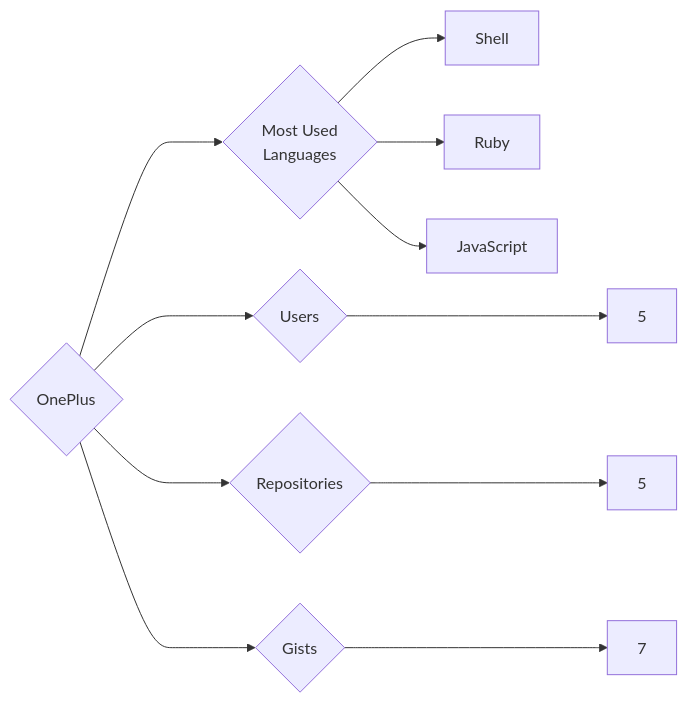
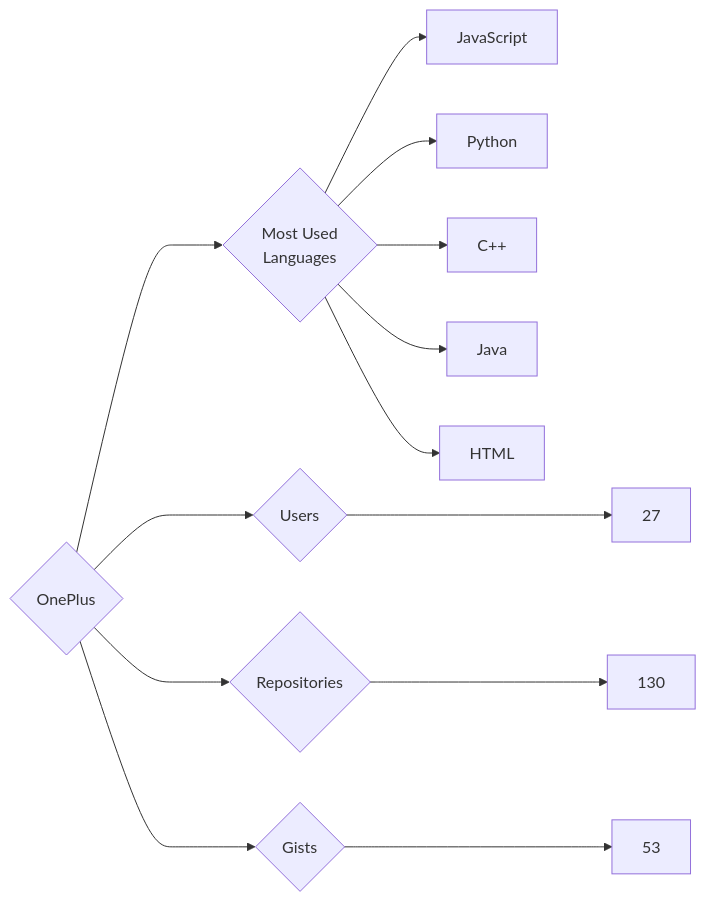
The diagram in targets/OnePlus/README.md (trickest/insiders), drawn with Mermaid before and after one commit. The commit also changed 534 other files, not shown here.

````diff
--- a/targets/OnePlus/README.md
+++ b/targets/OnePlus/README.md
@@ -3,11 +3,13 @@
 ```mermaid
 graph LR
 COMPANY_NAME{OnePlus}
-COMPANY_NAME ---> U{Users} ---> UN[5]
-COMPANY_NAME ---> R{Repositories} ---> RN[5]
-COMPANY_NAME ---> G{Gists} ---> GN[7]
+COMPANY_NAME ---> U{Users} ---> UN[27]
+COMPANY_NAME ---> R{Repositories} ---> RN[130]
+COMPANY_NAME ---> G{Gists} ---> GN[53]
 COMPANY_NAME ---> ML{Most Used<br>Languages}
-ML --> Shell[Shell]
-ML --> Ruby[Ruby]
 ML --> JavaScript[JavaScript]
+ML --> Python[Python]
+ML --> C++[C++]
+ML --> Java[Java]
+ML --> HTML[HTML]
 ```
````
